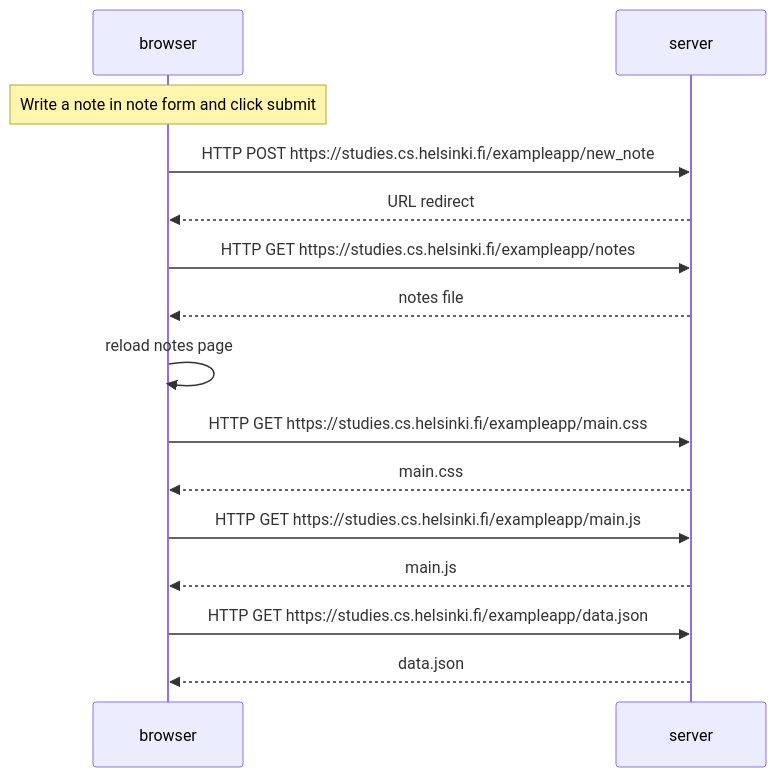
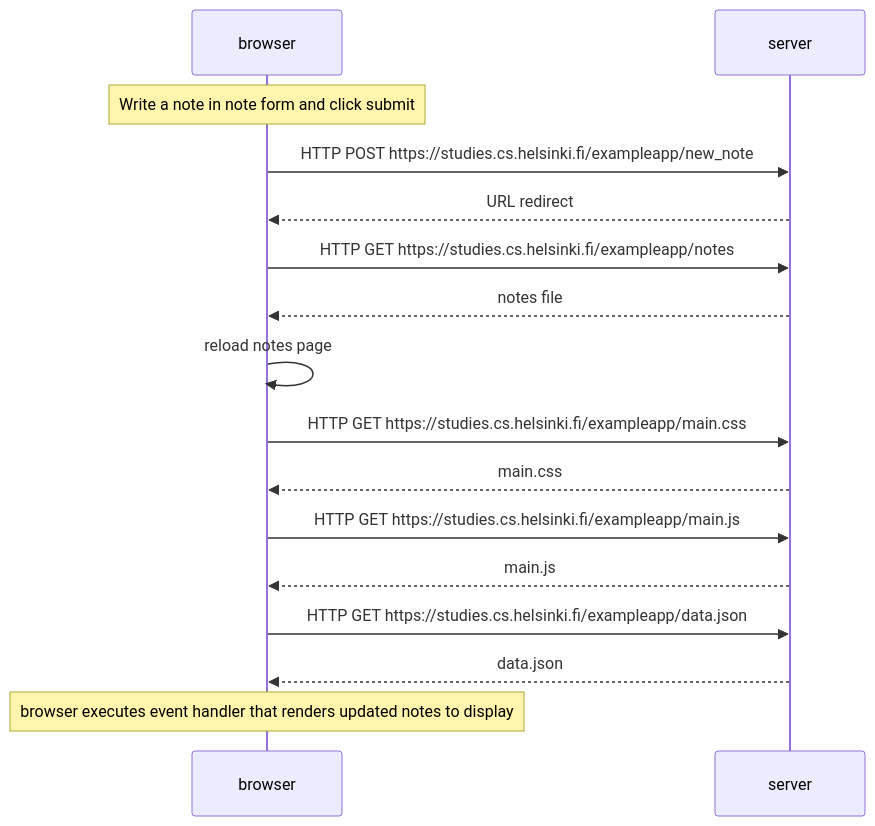
Before and after one commit to rajanish4/Full-stack-development-course: the diagram in Part 0/Exercise 0.4.md, drawn with Mermaid.

Commit message:
Update Exercise 0.4.md

````diff
--- a/Part 0/Exercise 0.4.md
+++ b/Part 0/Exercise 0.4.md
@@ -1,19 +1,20 @@
 ```mermaid
 sequenceDiagram
   Participant browser
   Participant server
   note over browser: Write a note in note form and click submit
   browser ->> server: HTTP POST https://studies.cs.helsinki.fi/exampleapp/new_note
   server -->> browser: URL redirect
   browser ->> server: HTTP GET https://studies.cs.helsinki.fi/exampleapp/notes
   server -->> browser: notes file
   browser ->>browser: reload notes page 
   browser ->> server: HTTP GET https://studies.cs.helsinki.fi/exampleapp/main.css
   server -->> browser: main.css
   browser ->> server: HTTP GET https://studies.cs.helsinki.fi/exampleapp/main.js
   server -->> browser: main.js
   browser ->> server: HTTP GET https://studies.cs.helsinki.fi/exampleapp/data.json
   server -->> browser: data.json
+  note over browser: browser executes event handler that renders updated notes to display
   
 
 ```
````
